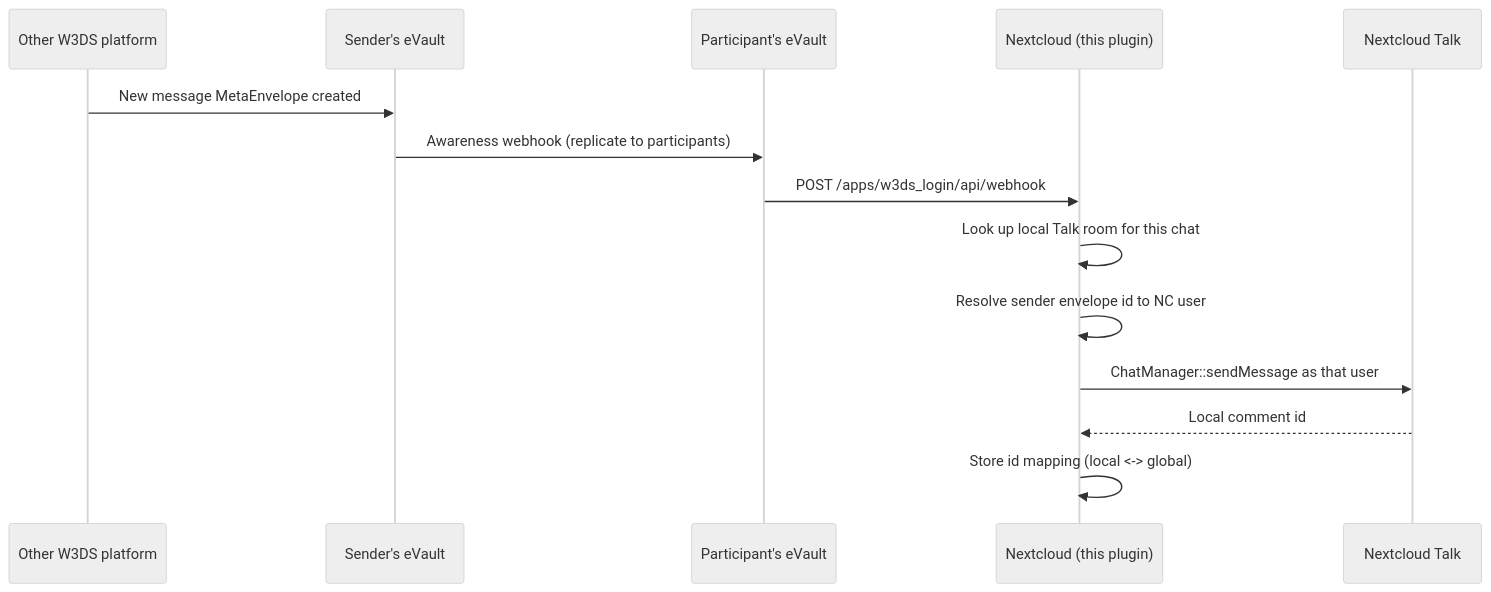
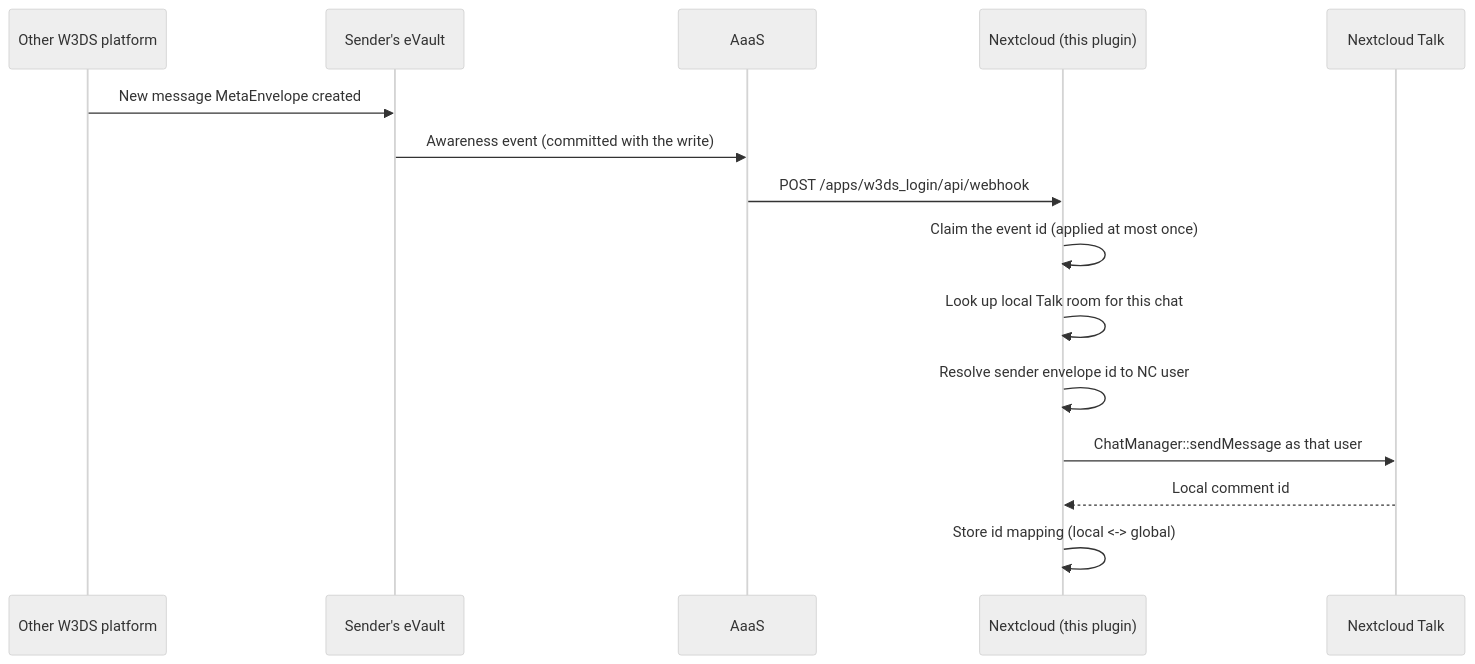
The second of 3 diagrams in docs/how-it-works.md (ensombl/nextcloud-w3ds-login), drawn with Mermaid (neutral theme) before and after one commit. The commit also changed other lines of this file and 36 other files, not shown here.

First line of the commit message:
Fix/nc architecture (#36)

````diff
--- a/docs/how-it-works.md
+++ b/docs/how-it-works.md
@@ -73,17 +71,18 @@
 ```mermaid
 sequenceDiagram
     participant Other as Other W3DS platform
     participant E as Sender's eVault
-    participant Pe as Participant's eVault
+    participant A as AaaS
     participant NC as Nextcloud (this plugin)
     participant Talk as Nextcloud Talk
 
     Other->>E: New message MetaEnvelope created
-    E->>Pe: Awareness webhook (replicate to participants)
-    Pe->>NC: POST /apps/w3ds_login/api/webhook
+    E->>A: Awareness event (committed with the write)
+    A->>NC: POST /apps/w3ds_login/api/webhook
+    NC->>NC: Claim the event id (applied at most once)
     NC->>NC: Look up local Talk room for this chat
     NC->>NC: Resolve sender envelope id to NC user
     NC->>Talk: ChatManager::sendMessage as that user
     Talk-->>NC: Local comment id
     NC->>NC: Store id mapping (local <-> global)
 ```
````
